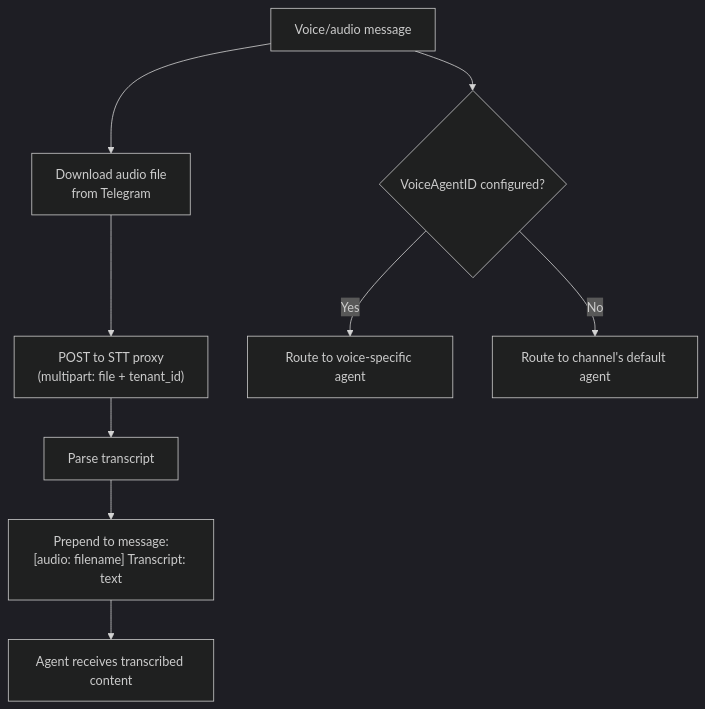
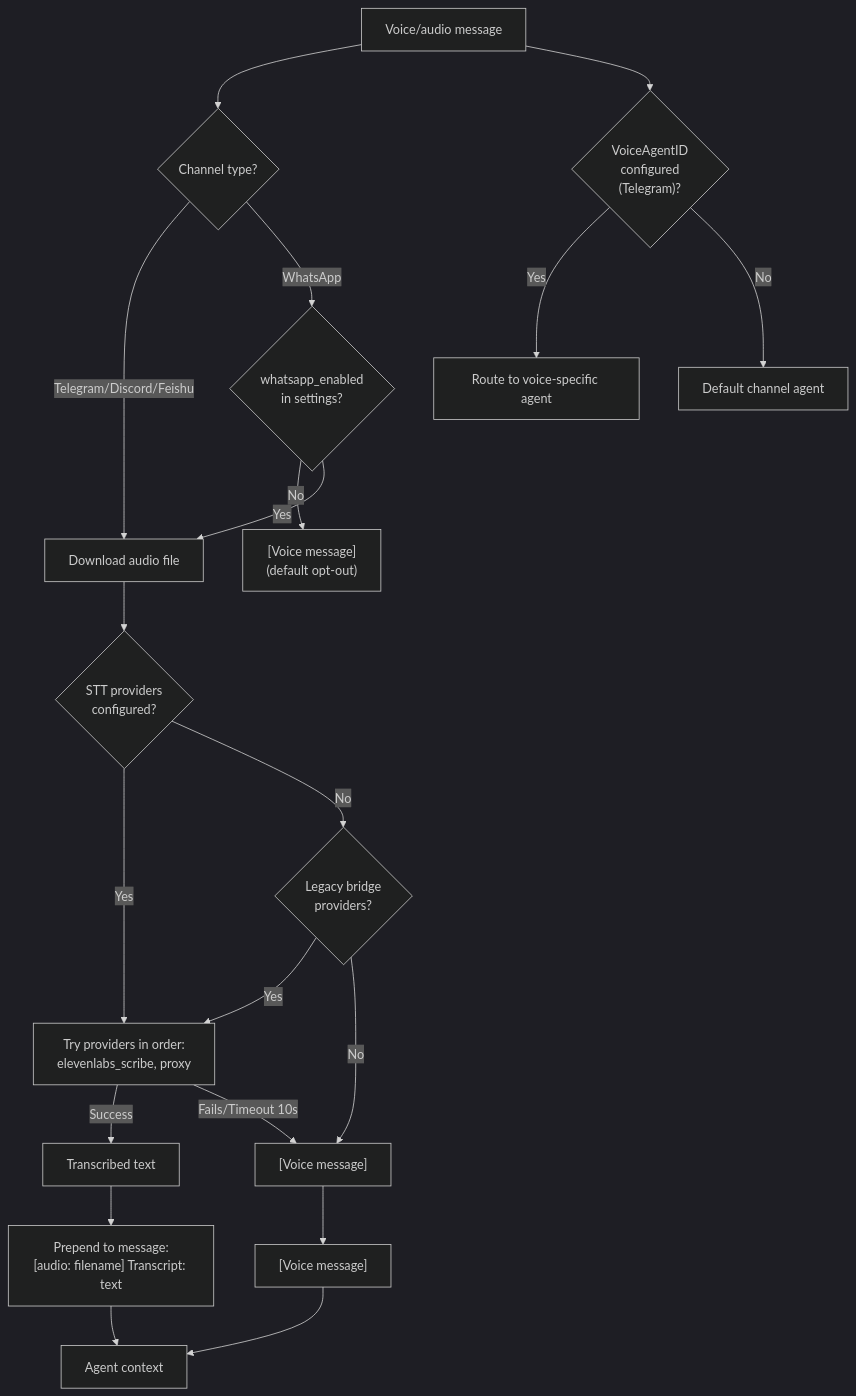
One commit to qkhalk/goclaw changed the sixth of 10 diagrams in docs/05-channels-messaging.md. Above: the diagram before and after it, drawn with Mermaid (dark theme). The commit also changed other lines of this file and 1 other file, not shown here.

First line of the commit message:
docs: phase 5 channel STT migration

````diff
--- a/docs/05-channels-messaging.md
+++ b/docs/05-channels-messaging.md
@@ -252,12 +254,30 @@
 ```mermaid
 flowchart TD
-    VOICE["Voice/audio message"] --> DOWNLOAD["Download audio file<br/>from Telegram"]
-    DOWNLOAD --> STT["POST to STT proxy<br/>(multipart: file + tenant_id)"]
-    STT --> PARSE["Parse transcript"]
-    PARSE --> INJECT["Prepend to message:<br/>[audio: filename] Transcript: text"]
-    INJECT --> AGENT["Agent receives transcribed content"]
-
-    VOICE --> ROUTING{"VoiceAgentID configured?"}
+    VOICE["Voice/audio message"] --> ROUTE{Channel type?}
+    
+    ROUTE -->|Telegram/Discord/Feishu| DOWNLOAD["Download audio file"]
+    ROUTE -->|WhatsApp| WHATSAPP_CHECK{"whatsapp_enabled<br/>in settings?"}
+    
+    WHATSAPP_CHECK -->|No| WA_FALLBACK["[Voice message]<br/>(default opt-out)"]
+    WHATSAPP_CHECK -->|Yes| DOWNLOAD
+    
+    DOWNLOAD --> STT_CHECK{"STT providers<br/>configured?"}
+    STT_CHECK -->|Yes| STT_CHAIN["Try providers in order:<br/>elevenlabs_scribe, proxy"]
+    STT_CHECK -->|No| LEGACY{"Legacy bridge<br/>providers?"}
+    
+    LEGACY -->|Yes| STT_CHAIN
+    LEGACY -->|No| FALLBACK["[Voice message]"]
+    
+    STT_CHAIN -->|Success| TEXT["Transcribed text"]
+    STT_CHAIN -->|Fails/Timeout 10s| FALLBACK
+    
+    TEXT --> INJECT["Prepend to message:<br/>[audio: filename] Transcript: text"]
+    FALLBACK --> FALLBACK_INJECT["[Voice message]"]
+    
+    INJECT --> AGENT["Agent context"]
+    FALLBACK_INJECT --> AGENT
+    
+    VOICE --> ROUTING{"VoiceAgentID<br/>configured<br/>(Telegram)?"}
     ROUTING -->|Yes| VOICE_AGENT["Route to voice-specific agent"]
-    ROUTING -->|No| DEFAULT_AGENT["Route to channel's default agent"]
+    ROUTING -->|No| DEFAULT_AGENT["Default channel agent"]
 ```
````
